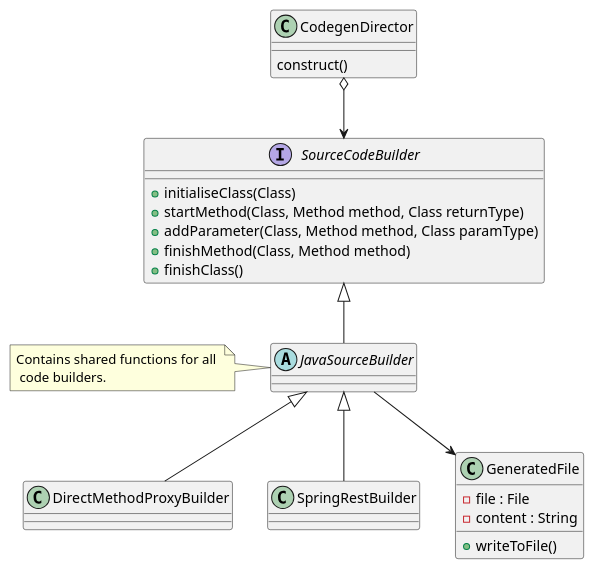
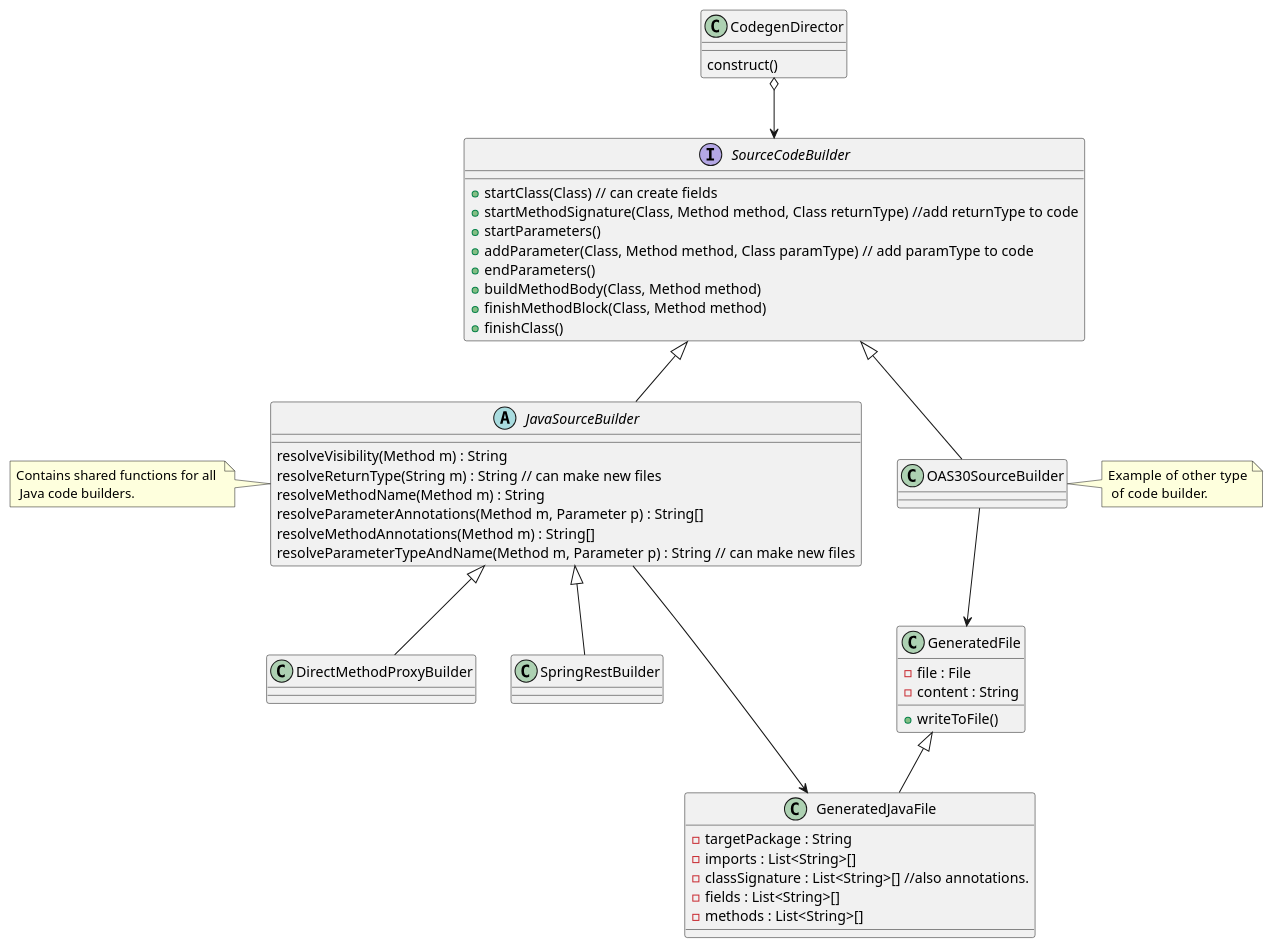
Before and after one commit to goldendk/ucommerce-experiments: the diagram in documentation/codegen/interface-builder-pattern.puml, drawn with PlantUML. The commit also changed 33 other files, not shown here.

Commit message:
Shared, gradle files are not in Kotlin due to bug in Kotlin parser. Added shared-test-deps.gradle file. Working on code generation for direct method builder. Builder pattern progressing nicely, although slowly.

```diff
--- a/documentation/codegen/interface-builder-pattern.puml
+++ b/documentation/codegen/interface-builder-pattern.puml
@@ -1,33 +1,60 @@
 @startuml
 
 
 
 Class CodegenDirector
 CodegenDirector : construct()
 
 interface SourceCodeBuilder
-SourceCodeBuilder : +initialiseClass(Class)
-
-SourceCodeBuilder : +startMethod(Class, Method method, Class returnType)
-SourceCodeBuilder : +addParameter(Class, Method method, Class paramType)
-SourceCodeBuilder : +finishMethod(Class, Method method)
+SourceCodeBuilder : +startClass(Class) // can create fields
+SourceCodeBuilder : +startMethodSignature(Class, Method method, Class returnType) //add returnType to code
+SourceCodeBuilder : +startParameters()
+SourceCodeBuilder : +addParameter(Class, Method method, Class paramType) // add paramType to code
+SourceCodeBuilder : +endParameters()
+SourceCodeBuilder : +buildMethodBody(Class, Method method)
+SourceCodeBuilder : +finishMethodBlock(Class, Method method)
 SourceCodeBuilder : +finishClass()
 
+
+
 abstract class JavaSourceBuilder
-note left: Contains shared functions for all \n code builders.
+note left: Contains shared functions for all \n Java code builders.
+JavaSourceBuilder : resolveVisibility(Method m) : String
+JavaSourceBuilder : resolveReturnType(String m) : String // can make new files
+JavaSourceBuilder : resolveMethodName(Method m) : String
+JavaSourceBuilder : resolveParameterAnnotations(Method m, Parameter p) : String[]
+JavaSourceBuilder : resolveMethodAnnotations(Method m) : String[]
+JavaSourceBuilder : resolveParameterTypeAndName(Method m, Parameter p) : String // can make new files
+
 
 Class DirectMethodProxyBuilder
 Class SpringRestBuilder
 
 Class GeneratedFile
 GeneratedFile : -file : File
 GeneratedFile : -content : String
 GeneratedFile : +writeToFile()
 
+
+Class GeneratedJavaFile
+GeneratedJavaFile : -targetPackage : String
+GeneratedJavaFile : -imports : List<String>[]
+GeneratedJavaFile : -classSignature : List<String>[] //also annotations.
+GeneratedJavaFile : -fields : List<String>[]
+GeneratedJavaFile : -methods : List<String>[]
+
+
+class OAS30SourceBuilder
+note right: Example of other  type\n of code builder.
+
+
 CodegenDirector o--> SourceCodeBuilder
 SourceCodeBuilder <|-- JavaSourceBuilder
 JavaSourceBuilder <|-- SpringRestBuilder
 JavaSourceBuilder <|-- DirectMethodProxyBuilder
-JavaSourceBuilder --> GeneratedFile
+JavaSourceBuilder --> GeneratedJavaFile
+GeneratedFile <|-- GeneratedJavaFile
 
+SourceCodeBuilder <|-- OAS30SourceBuilder
+OAS30SourceBuilder --> GeneratedFile
 @enduml
```
